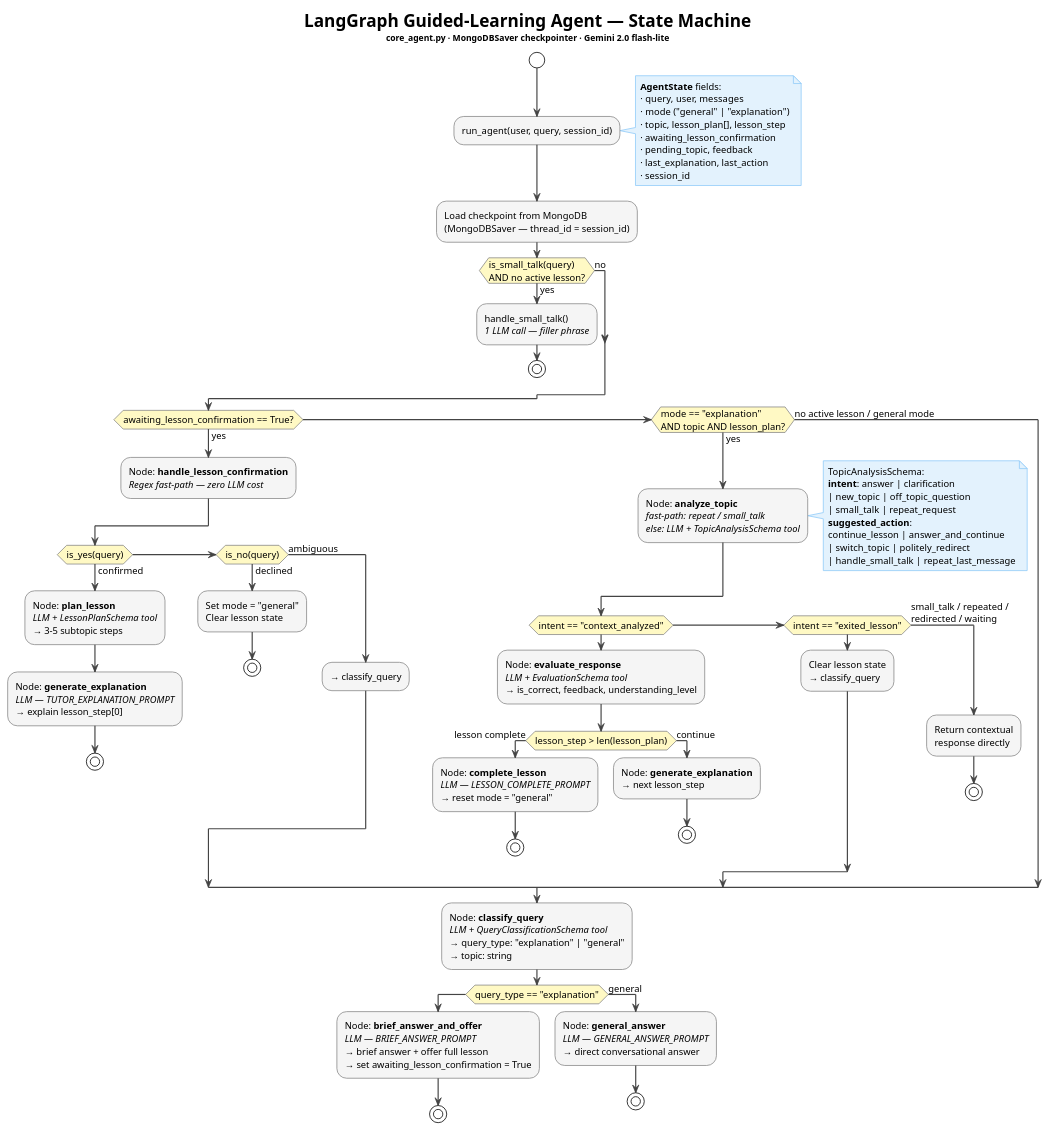
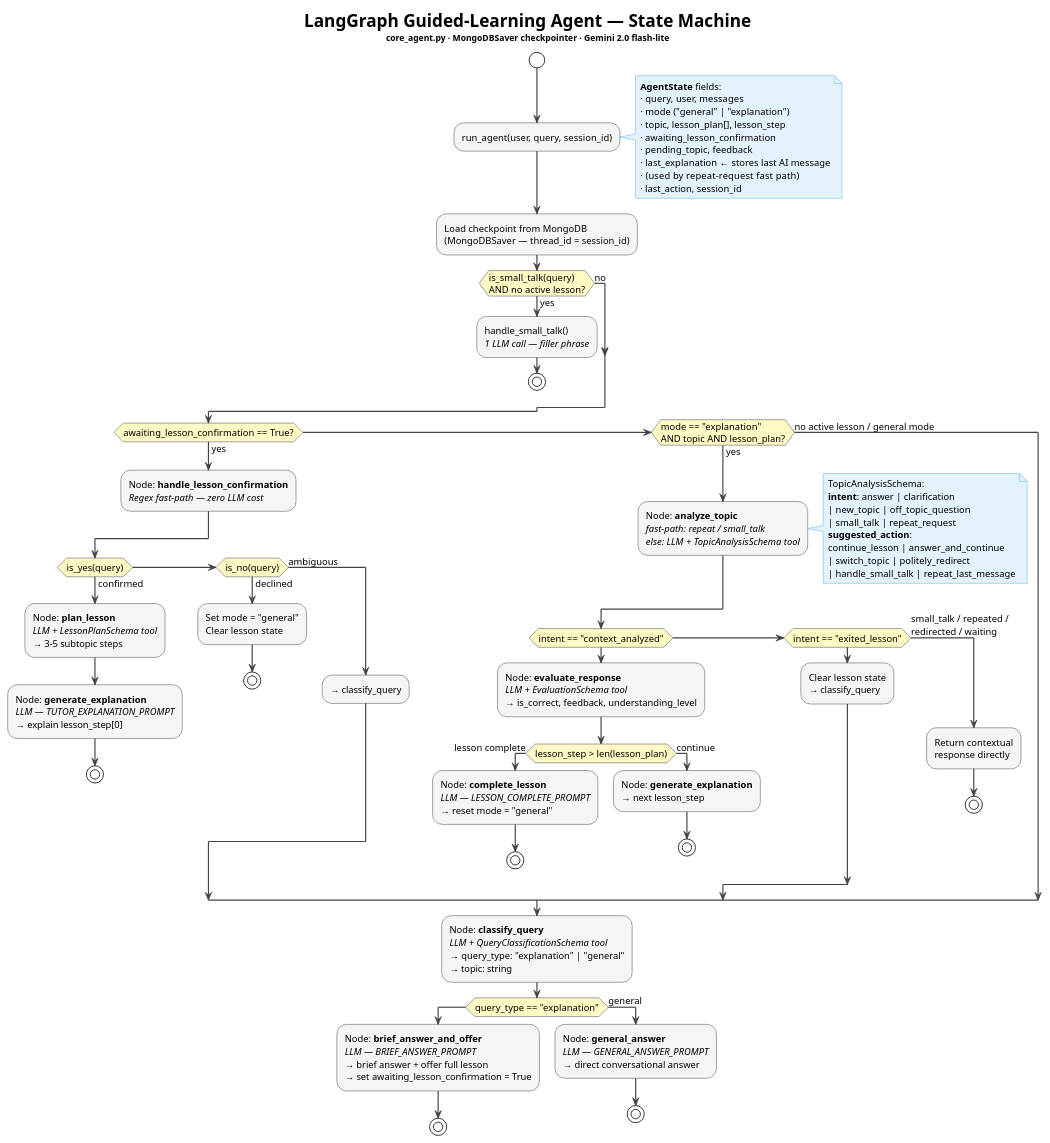
The second of 5 diagrams in backend_architecture.puml (drquantum12/agents-2.0), drawn with PlantUML before and after one commit. The commit also changed other lines of this file and 8 other files, not shown here.

```diff
--- a/backend_architecture.puml
+++ b/backend_architecture.puml
@@ -181,90 +185,91 @@
 @startuml LangGraph_Agent_State_Machine
 !theme plain
 skinparam defaultFontName "Segoe UI"
 skinparam defaultFontSize 12
 skinparam ArrowColor #444444
 skinparam ArrowThickness 1.5
 skinparam ActivityBorderColor #888888
 skinparam ActivityBackgroundColor #F5F5F5
 skinparam ActivityDiamondBackgroundColor #FFF9C4
 skinparam NoteBackgroundColor #E3F2FD
 skinparam noteBorderColor #90CAF9
 
 title <b>LangGraph Guided-Learning Agent — State Machine</b>\n<size:11>core_agent.py · MongoDBSaver checkpointer · Gemini 2.0 flash-lite</size>
 
 start
 
 :run_agent(user, query, session_id);
 
 note right
   **AgentState** fields:
   · query, user, messages
   · mode ("general" | "explanation")
   · topic, lesson_plan[], lesson_step
   · awaiting_lesson_confirmation
   · pending_topic, feedback
-  · last_explanation, last_action
-  · session_id
+  · last_explanation  ← stores last AI message
+  ·   (used by repeat-request fast path)
+  · last_action, session_id
 end note
 
 :Load checkpoint from MongoDB\n(MongoDBSaver — thread_id = session_id);
 
 if (is_small_talk(query)\nAND no active lesson?) then (yes)
   :handle_small_talk()\n<i>1 LLM call — filler phrase</i>;
   stop
 else (no)
 endif
 
 if (awaiting_lesson_confirmation == True?) then (yes)
   :Node: **handle_lesson_confirmation**\n<i>Regex fast-path — zero LLM cost</i>;
   if (is_yes(query)) then (confirmed)
     :Node: **plan_lesson**\n<i>LLM + LessonPlanSchema tool</i>\n→ 3–5 subtopic steps;
     :Node: **generate_explanation**\n<i>LLM — TUTOR_EXPLANATION_PROMPT</i>\n→ explain lesson_step[0];
     stop
   elseif (is_no(query)) then (declined)
     :Set mode = "general"\nClear lesson state;
     stop
   else (ambiguous)
     :→ classify_query;
   endif
 elseif (mode == "explanation"\nAND topic AND lesson_plan?) then (yes)
   :Node: **analyze_topic**\n<i>fast-path: repeat / small_talk</i>\n<i>else: LLM + TopicAnalysisSchema tool</i>;
   note right
     TopicAnalysisSchema:
     **intent**: answer | clarification
     | new_topic | off_topic_question
     | small_talk | repeat_request
     **suggested_action**:
     continue_lesson | answer_and_continue
     | switch_topic | politely_redirect
     | handle_small_talk | repeat_last_message
   end note
   if (intent == "context_analyzed") then
     :Node: **evaluate_response**\n<i>LLM + EvaluationSchema tool</i>\n→ is_correct, feedback, understanding_level;
     if (lesson_step > len(lesson_plan)) then (lesson complete)
       :Node: **complete_lesson**\n<i>LLM — LESSON_COMPLETE_PROMPT</i>\n→ reset mode = "general";
       stop
     else (continue)
       :Node: **generate_explanation**\n→ next lesson_step;
       stop
     endif
   elseif (intent == "exited_lesson") then
     :Clear lesson state\n→ classify_query;
   else (small_talk / repeated /\nredirected / waiting)
     :Return contextual\nresponse directly;
     stop
   endif
 else (no active lesson / general mode)
 endif
 
 :Node: **classify_query**\n<i>LLM + QueryClassificationSchema tool</i>\n→ query_type: "explanation" | "general"\n→ topic: string;
 
 if (query_type == "explanation") then
   :Node: **brief_answer_and_offer**\n<i>LLM — BRIEF_ANSWER_PROMPT</i>\n→ brief answer + offer full lesson\n→ set awaiting_lesson_confirmation = True;
   stop
 else (general)
   :Node: **general_answer**\n<i>LLM — GENERAL_ANSWER_PROMPT</i>\n→ direct conversational answer;
   stop
 endif
 
 @enduml
```
